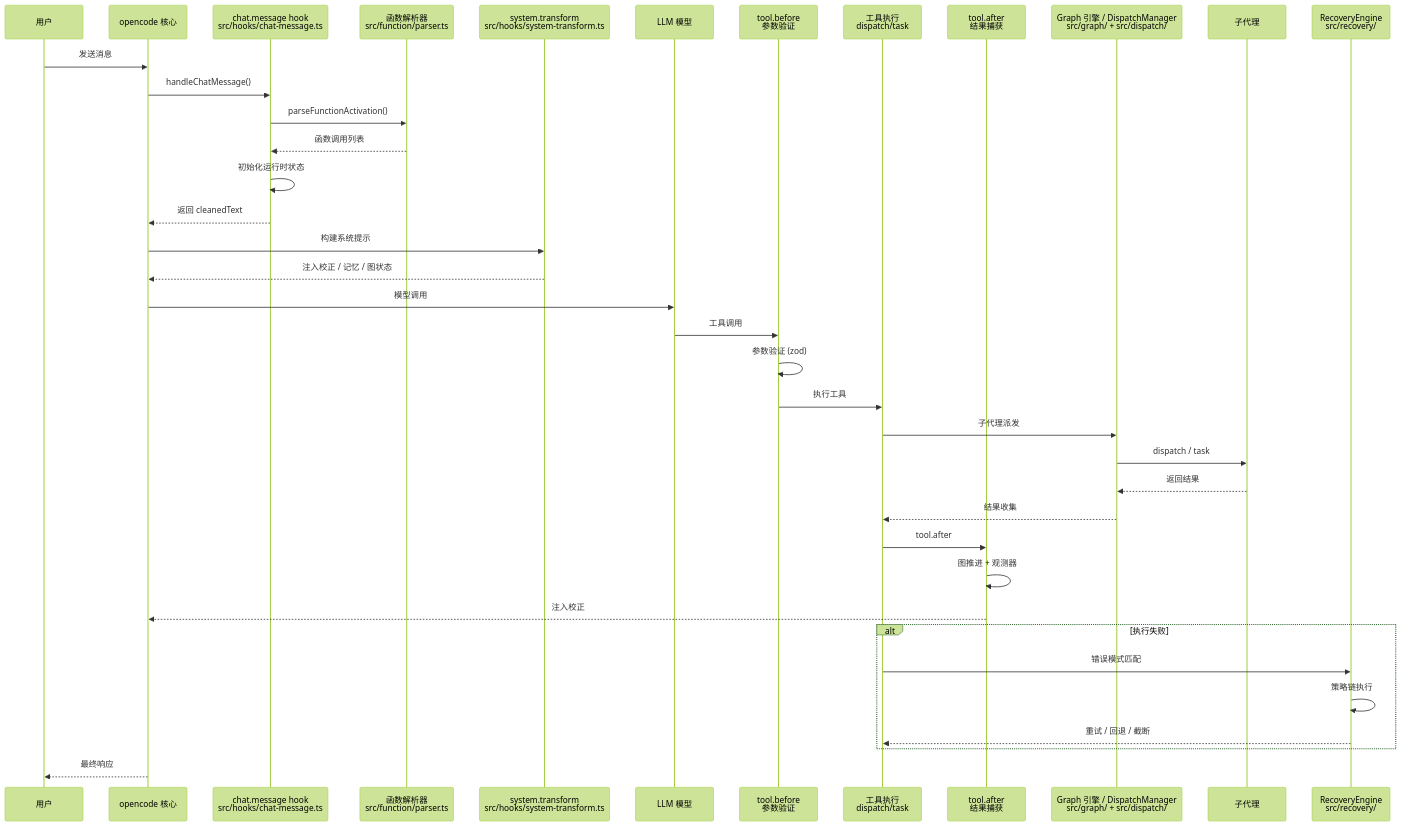
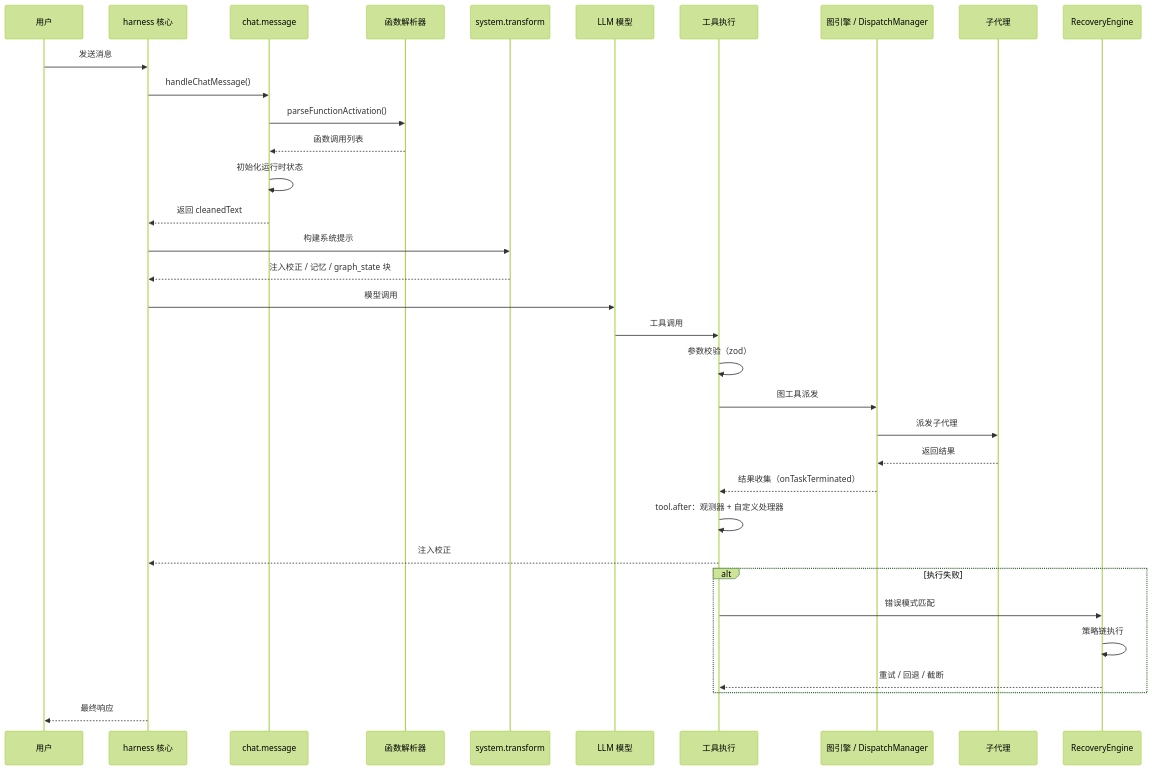
Before and after one commit to EricMoin/rolebox-docs: the second of 2 diagrams in docs/01-Overview/processing-pipeline.md, drawn with Mermaid (forest theme). The commit also changed other lines of this file and 62 other files, not shown here.

````diff
--- a/docs/01-Overview/processing-pipeline.md
+++ b/docs/01-Overview/processing-pipeline.md
@@ -57,43 +55,39 @@
 ```mermaid
 sequenceDiagram
     participant User as 用户
-    participant OP as opencode 核心
-    participant CM as chat.message hook<br/>src/hooks/chat-message.ts
-    participant FP as 函数解析器<br/>src/function/parser.ts
-    participant ST as system.transform<br/>src/hooks/system-transform.ts
+    participant OP as harness 核心
+    participant CM as chat.message
+    participant FP as 函数解析器
+    participant ST as system.transform
     participant MDL as LLM 模型
-    participant TB as tool.before<br/>参数验证
-    participant TK as 工具执行<br/>dispatch/task
-    participant TA as tool.after<br/>结果捕获
-    participant DM as Graph 引擎 / DispatchManager<br/>src/graph/ + src/dispatch/
+    participant TK as 工具执行
+    participant DM as 图引擎 / DispatchManager
     participant SA as 子代理
-    participant REC as RecoveryEngine<br/>src/recovery/
+    participant REC as RecoveryEngine
 
     User->>OP: 发送消息
     OP->>CM: handleChatMessage()
     CM->>FP: parseFunctionActivation()
     FP-->>CM: 函数调用列表
     CM->>CM: 初始化运行时状态
     CM-->>OP: 返回 cleanedText
     OP->>ST: 构建系统提示
-    ST-->>OP: 注入校正 / 记忆 / 图状态
+    ST-->>OP: 注入校正 / 记忆 / graph_state 块
     OP->>MDL: 模型调用
-    MDL->>TB: 工具调用
-    TB->>TB: 参数验证 (zod)
-    TB->>TK: 执行工具
-    TK->>DM: 子代理派发
-    DM->>SA: dispatch / task
+    MDL->>TK: 工具调用
+    TK->>TK: 参数校验（zod）
+    TK->>DM: 图工具派发
+    DM->>SA: 派发子代理
     SA-->>DM: 返回结果
-    DM-->>TK: 结果收集
-    TK->>TA: tool.after
-    TA->>TA: 图推进 + 观测器
-    TA-->>OP: 注入校正
+    DM-->>TK: 结果收集（onTaskTerminated）
+    TK->>TK: tool.after：观测器 + 自定义处理器
+    TK-->>OP: 注入校正
 
     alt 执行失败
         TK->>REC: 错误模式匹配
         REC->>REC: 策略链执行
         REC-->>TK: 重试 / 回退 / 截断
     end
 
     OP-->>User: 最终响应
 ```
````
